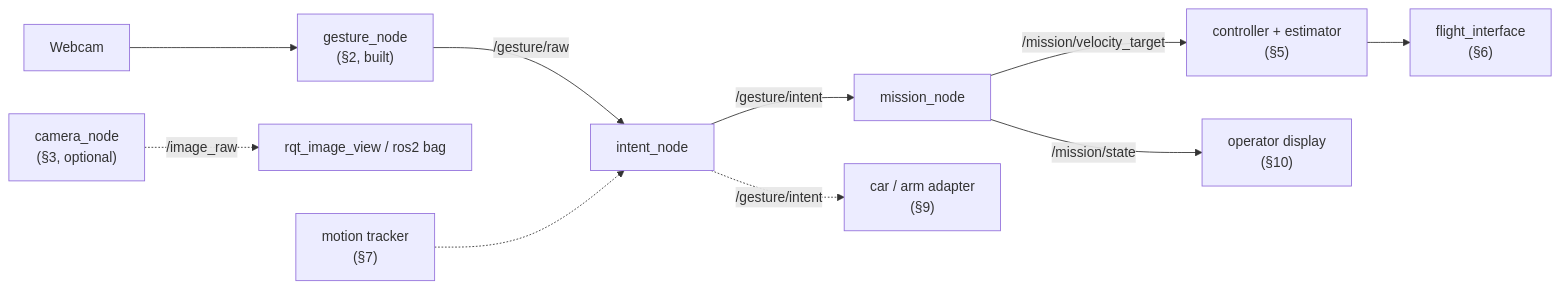
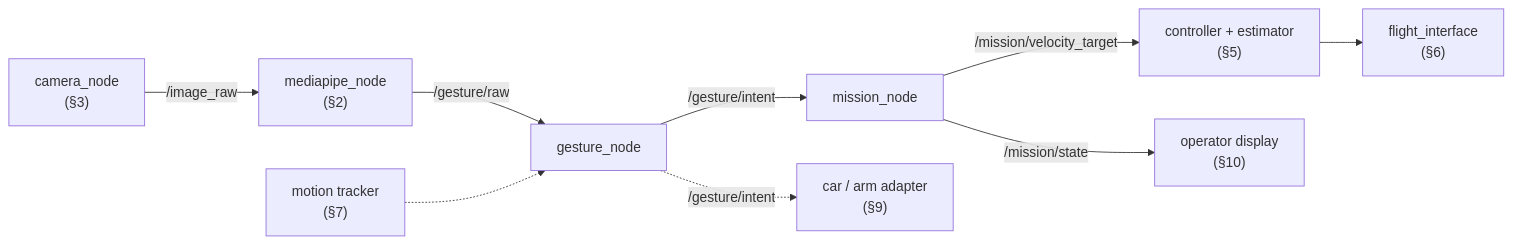
Before and after one commit to SEAME-pt/SEA-ME_Team1_ROSRangers: the first of 2 diagrams in docs/PraticalPlan/06 Gestures/05 Future Nodes.md, drawn with Mermaid. The commit also changed other lines of this file and 73 other files, not shown here.

````diff
--- a/docs/PraticalPlan/06 Gestures/05 Future Nodes.md
+++ b/docs/PraticalPlan/06 Gestures/05 Future Nodes.md
@@ -24,12 +24,11 @@
 ```mermaid
 flowchart LR
-  W[Webcam] --> MP["gesture_node<br/>(§2, built)"]
-  CAM["camera_node<br/>(§3, optional)"] -.->|/image_raw| UI2["rqt_image_view / ros2 bag"]
-  MP -->|/gesture/raw| GN[intent_node]
+  CAM["camera_node<br/>(§3)"] -->|/image_raw| MP["mediapipe_node<br/>(§2)"]
+  MP -->|/gesture/raw| GN[gesture_node]
   MT["motion tracker<br/>(§7)"] -.-> GN
   GN -->|/gesture/intent| MN[mission_node]
   GN -.->|/gesture/intent| AD["car / arm adapter<br/>(§9)"]
   MN -->|/mission/velocity_target| CTL["controller + estimator<br/>(§5)"]
   CTL --> FI["flight_interface<br/>(§6)"]
   MN -->|/mission/state| UI["operator display<br/>(§10)"]
 ```
````
